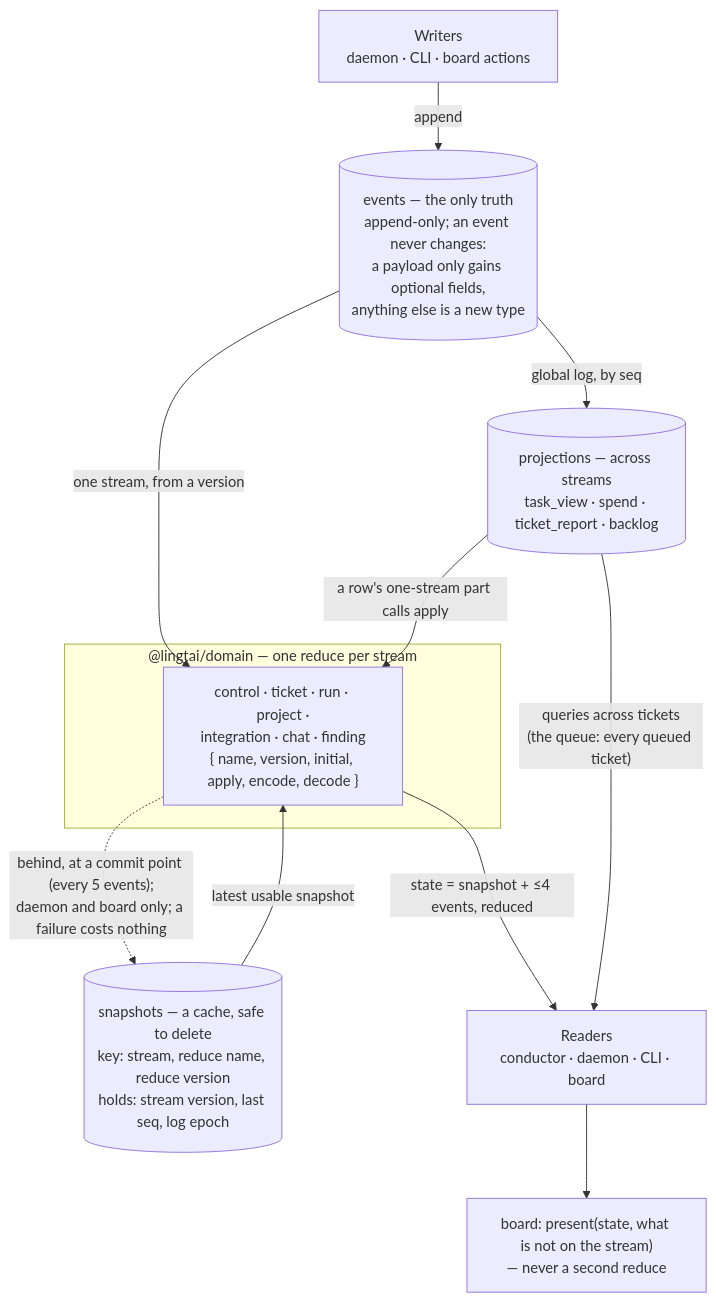
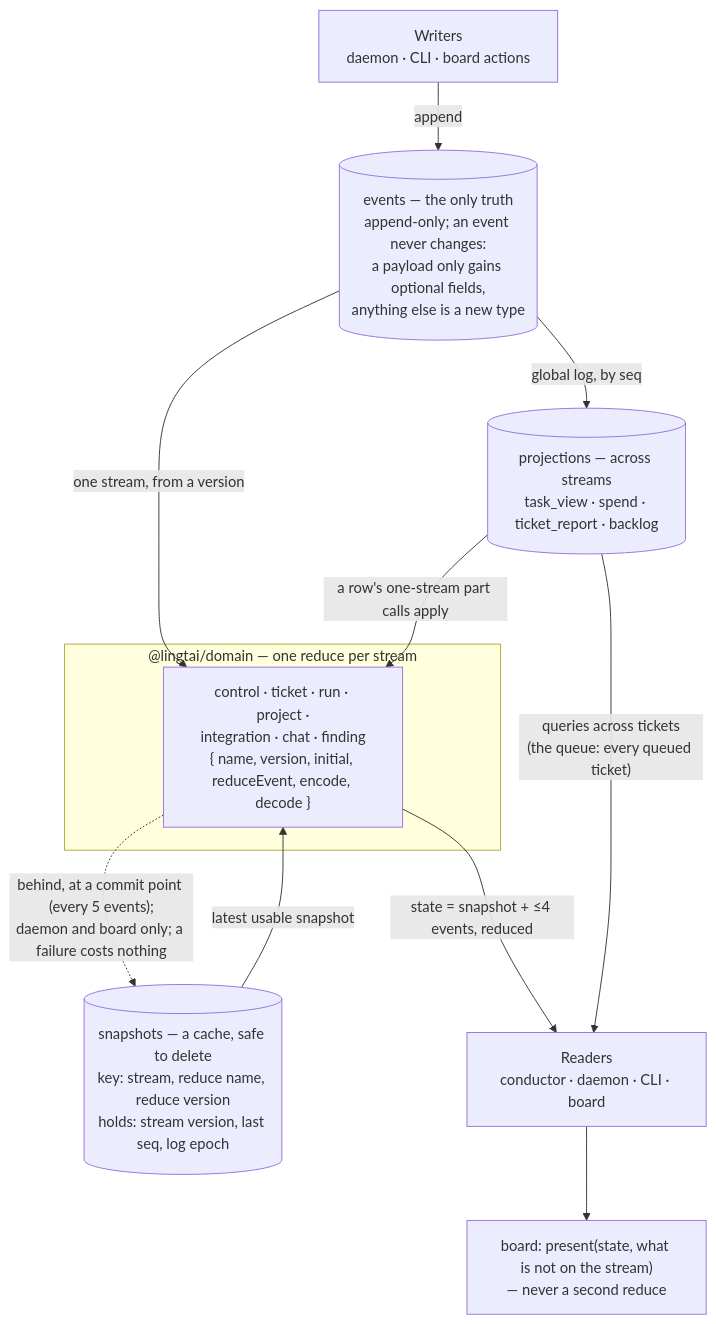
The first of 4 diagrams in doc/design/one-fold-per-stream.md (steven-zhc/lingtai), drawn with Mermaid before and after one commit. The commit also changed other lines of this file and 7 other files, not shown here.

````diff
--- a/doc/design/one-fold-per-stream.md
+++ b/doc/design/one-fold-per-stream.md
@@ -31,22 +31,22 @@
 ```mermaid
 flowchart TB
   W["Writers<br/>daemon · CLI · board actions"] -->|append| LOG
   LOG[("events — the only truth<br/>append-only; an event never changes:<br/>a payload only gains optional fields,<br/>anything else is a new type")]
 
   subgraph DOMAIN["@lingtai/domain — one reduce per stream"]
-    F["control · ticket · run · project ·<br/>integration · chat · finding<br/>{ name, version, initial, apply, encode, decode }"]
+    F["control · ticket · run · project ·<br/>integration · chat · finding<br/>{ name, version, initial, reduceEvent, encode, decode }"]
   end
 
   SNAP[("snapshots — a cache, safe to delete<br/>key: stream, reduce name, reduce version<br/>holds: stream version, last seq, log epoch")]
   PROJ[("projections — across streams<br/>task_view · spend · ticket_report · backlog")]
 
   LOG -->|"one stream, from a version"| F
   F -.->|"behind, at a commit point (every 5 events);<br/>daemon and board only; a failure costs nothing"| SNAP
   SNAP -->|"latest usable snapshot"| F
   LOG -->|"global log, by seq"| PROJ
   PROJ -->|"a row's one-stream part calls apply"| F
 
   F -->|"state = snapshot + ≤4 events, reduced"| R["Readers<br/>conductor · daemon · CLI · board"]
   PROJ -->|"queries across tickets<br/>(the queue: every queued ticket)"| R
   R --> B["board: present(state, what is not on the stream)<br/>— never a second reduce"]
 ```
````
